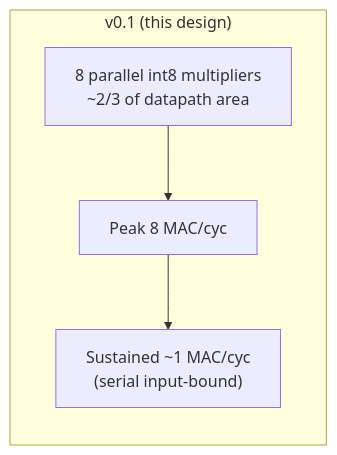
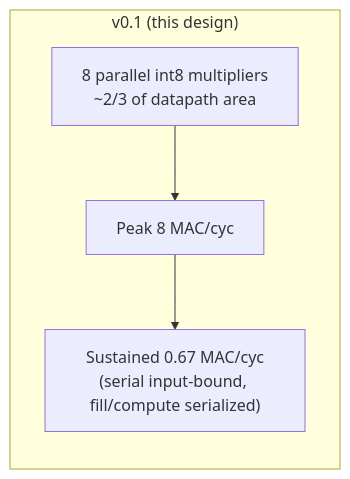
The sixth of 6 diagrams in macc8/docs/int8_mac_block_diagram.md (ChrChr50/proto-accelerators), drawn with Mermaid before and after one commit. The commit also changed other lines of this file and 1 other file, not shown here.

First line of the commit message:
Fix spec: per-chunk latency is L+4 and fill does not overlap compute

````diff
--- a/macc8/docs/int8_mac_block_diagram.md
+++ b/macc8/docs/int8_mac_block_diagram.md
@@ -142,9 +146,9 @@
 ```mermaid
 flowchart LR
     subgraph V01["v0.1 (this design)"]
         A1["8 parallel int8 multipliers<br/>~2/3 of datapath area"]
         A2["Peak 8 MAC/cyc"]
-        A3["Sustained ~1 MAC/cyc<br/>(serial input-bound)"]
+        A3["Sustained 0.67 MAC/cyc<br/>(serial input-bound, fill/compute serialized)"]
         A1 --> A2 --> A3
     end
 ```
````
